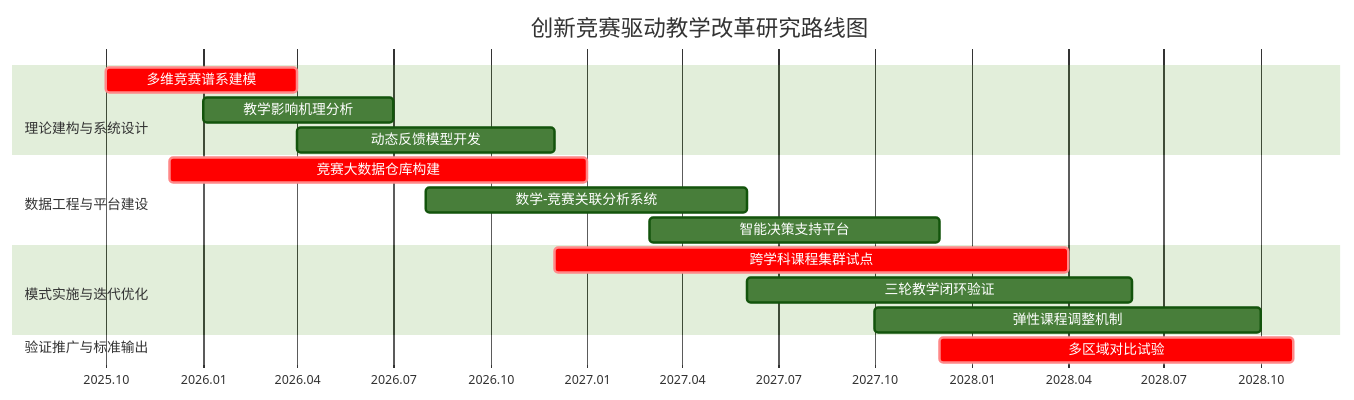
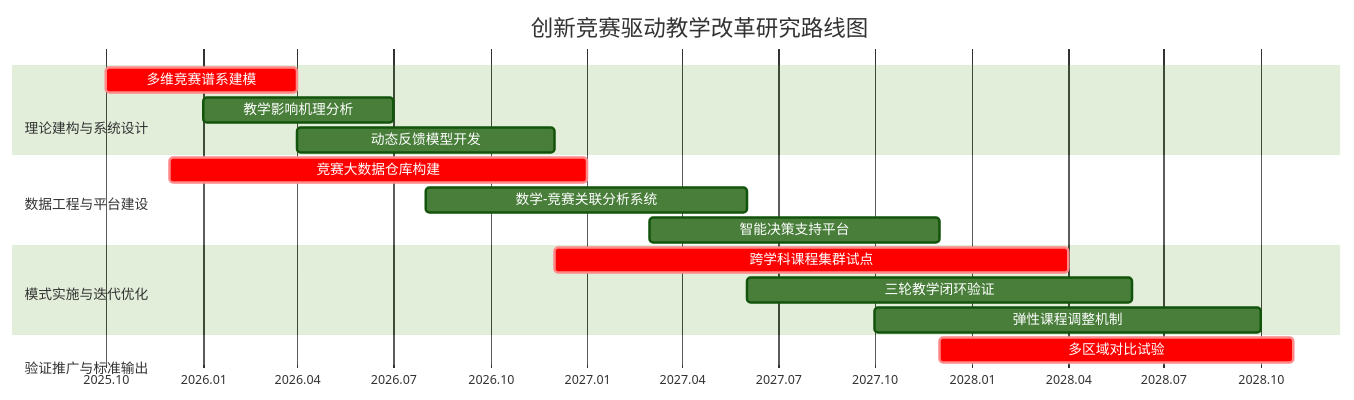
Before and after one commit to MC2001323/iodraw-files: the diagram in all/代码甘特图.md, drawn with Mermaid (forest theme).

Commit message:
2025-04-08 21:19:23 update

````diff
--- a/all/代码甘特图.md
+++ b/all/代码甘特图.md
@@ -1,25 +1,25 @@
 ```mermaid
 gantt
     title 创新竞赛驱动教学改革研究路线图
     dateFormat  YYYY-MM
     axisFormat  %Y.%m
 
     section <br>理论建构与系统设计
     多维竞赛谱系建模        :crit, a1, 2025-10, 2026-04
     教学影响机理分析        :a2, 2026-01, 2026-07
     动态反馈模型开发        :a3, 2026-04, 2026-12
 
     section 数据工程与平台建设
     竞赛大数据仓库构建      :crit, b1, 2025-12, 2027-01
     数学-竞赛关联分析系统   :b2, 2026-08, 2027-06
     智能决策支持平台        :b3, 2027-03, 2027-12
 
     section 模式实施与迭代优化
     跨学科课程集群试点     :crit, c1, 2026-12, 2028-04
     三轮教学闭环验证       :c2, 2027-06, 2028-06
     弹性课程调整机制       :c3, 2027-10, 2028-10
     
-    section 验证推广与标准输出<br>
+    section <br>验证推广与标准输出<br><br>
     多区域对比试验         :crit, c4, 2027-12, 2028-11
 
 ```
````
